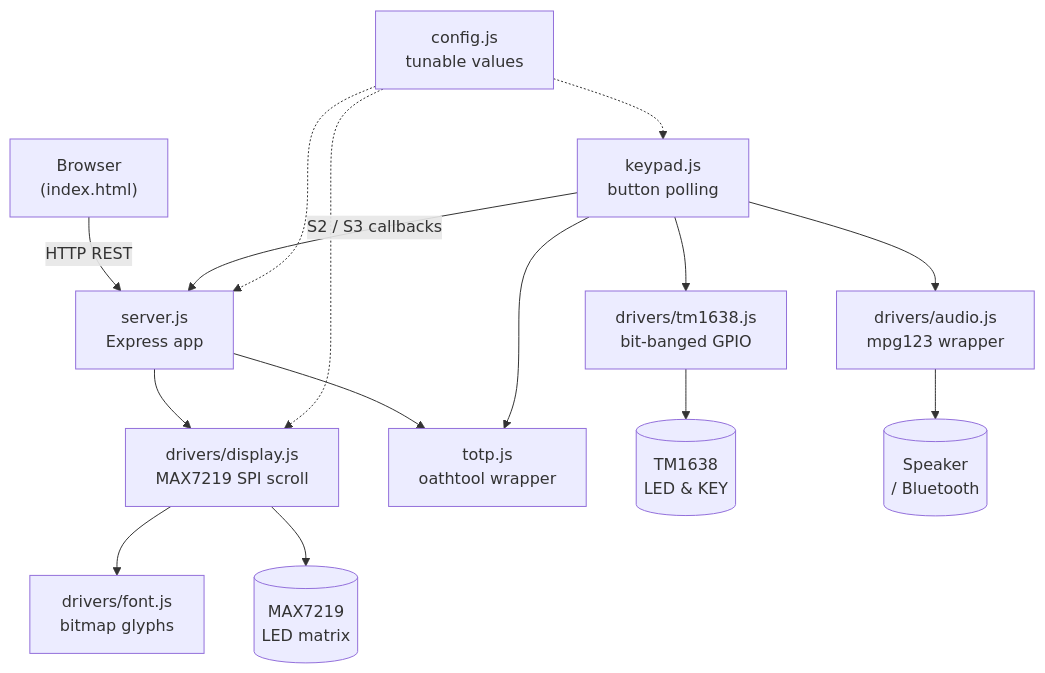
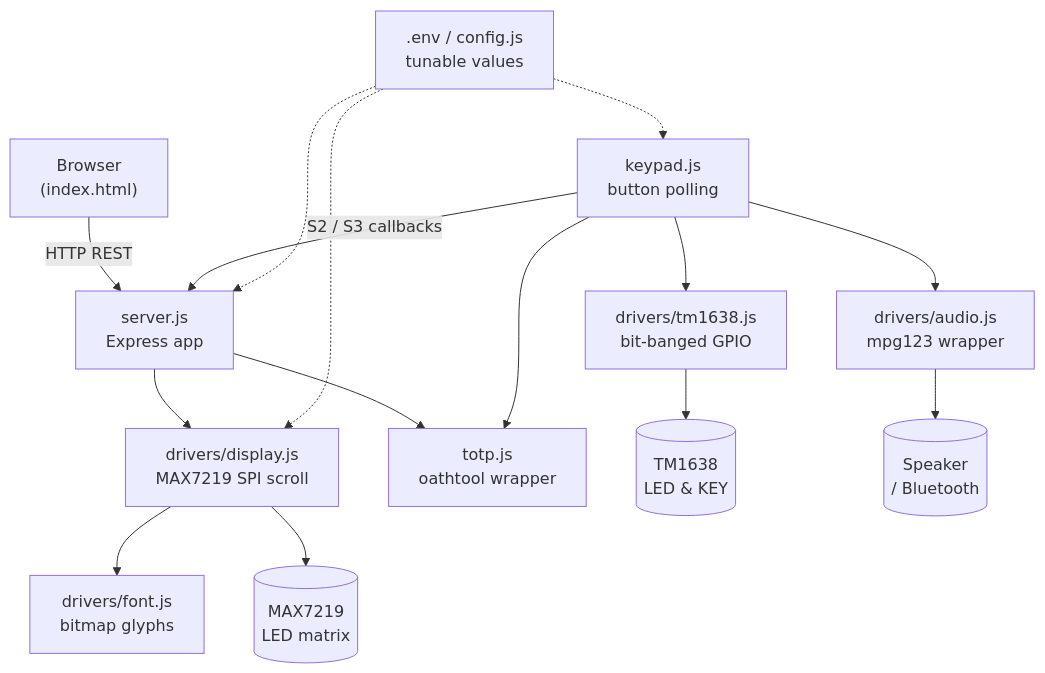
The diagram in README.md (oleksiisedun/rpi-dashboard), drawn with Mermaid before and after one commit. The commit also changed other lines of this file and 1 other file, not shown here.

First line of the commit message:
Update CLAUDE.md and README.md for .env split

````diff
--- a/README.md
+++ b/README.md
@@ -243,21 +248,21 @@
 ```mermaid
 graph TD
   Browser["Browser\n(index.html)"] -->|HTTP REST| Server["server.js\nExpress app"]
 
   Server --> Display["drivers/display.js\nMAX7219 SPI scroll"]
   Server --> TOTP["totp.js\noathtool wrapper"]
 
   Keypad["keypad.js\nbutton polling"] --> TM["drivers/tm1638.js\nbit-banged GPIO"]
   Keypad --> TOTP
   Keypad -->|S2 / S3 callbacks| Server
   Keypad --> Audio["drivers/audio.js\nmpg123 wrapper"]
 
   Display --> Font["drivers/font.js\nbitmap glyphs"]
   Display --> HW1[("MAX7219\nLED matrix")]
   TM --> HW2[("TM1638\nLED & KEY")]
   Audio --> HW3[("Speaker\n/ Bluetooth")]
 
-  Config["config.js\ntunable values"] -.-> Server
+  Config[".env / config.js\ntunable values"] -.-> Server
   Config -.-> Keypad
   Config -.-> Display
 ```
````
